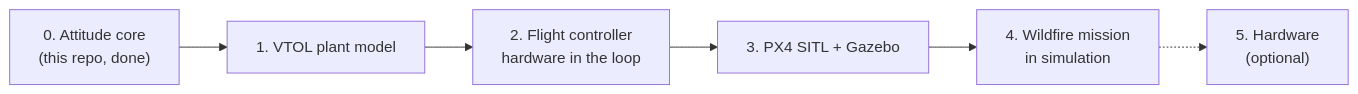
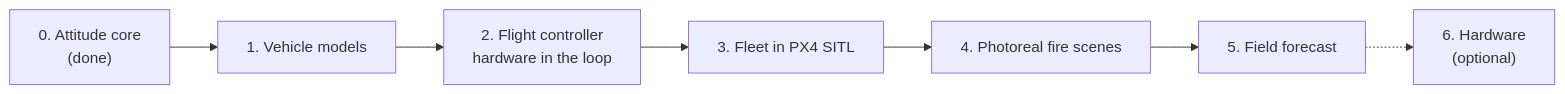
Before and after one commit to raahimnawaz/wildfire-vtol: the third of 3 diagrams in docs/roadmap.md, drawn with Mermaid. The commit also changed other lines of this file and 1 other file, not shown here.

First line of the commit message:
Plan the Phoenix and Dragonfly fleet and the field forecast

````diff
--- a/docs/roadmap.md
+++ b/docs/roadmap.md
@@ -19,8 +91,9 @@
 ```mermaid
 flowchart LR
-  s0["0. Attitude core<br>(this repo, done)"] --> s1["1. VTOL plant model"]
+  s0["0. Attitude core<br>(done)"] --> s1["1. Vehicle models"]
   s1 --> s2["2. Flight controller<br>hardware in the loop"]
-  s2 --> s3["3. PX4 SITL + Gazebo"]
-  s3 --> s4["4. Wildfire mission<br>in simulation"]
-  s4 -.-> s5["5. Hardware<br>(optional)"]
+  s2 --> s3["3. Fleet in PX4 SITL"]
+  s3 --> s4["4. Photoreal fire scenes"]
+  s4 --> s5["5. Field forecast"]
+  s5 -.-> s6["6. Hardware<br>(optional)"]
 ```
````
